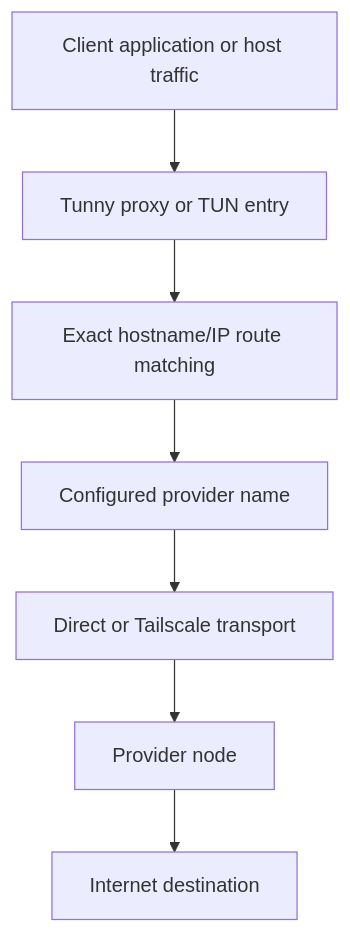
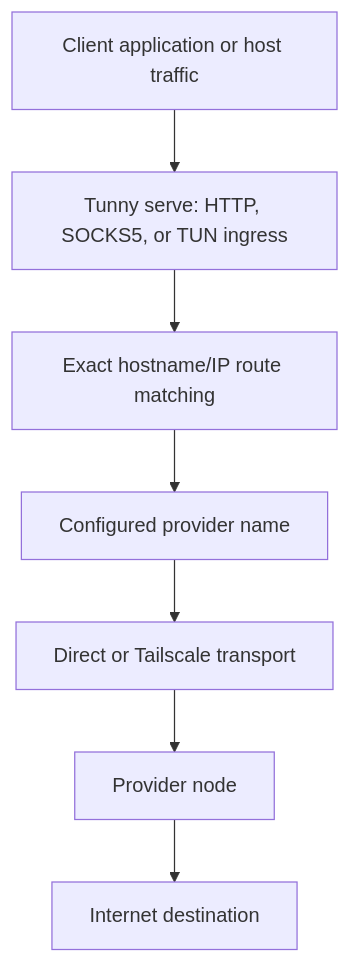
The first of 3 diagrams in docs/architecture.md (Aldiwildan77/tunny), drawn with Mermaid before and after one commit. The commit also changed other lines of this file and 22 other files, not shown here.

Commit message:
feat: add serve mode to handle HTTP, SOCKS5, and TUN ingress together

````diff
--- a/docs/architecture.md
+++ b/docs/architecture.md
@@ -5,17 +5,17 @@
 ```mermaid
 flowchart TB
        Client["Client application or host traffic"]
-       Entry["Tunny proxy or TUN entry"]
+       Entry["Tunny serve: HTTP, SOCKS5, or TUN ingress"]
        Match["Exact hostname/IP route matching"]
        ProviderName["Configured provider name"]
        Transport["Direct or Tailscale transport"]
        Provider["Provider node"]
        Internet["Internet destination"]
 
        Client --> Entry
        Entry --> Match
        Match --> ProviderName
        ProviderName --> Transport
        Transport --> Provider
        Provider --> Internet
 ```
````
